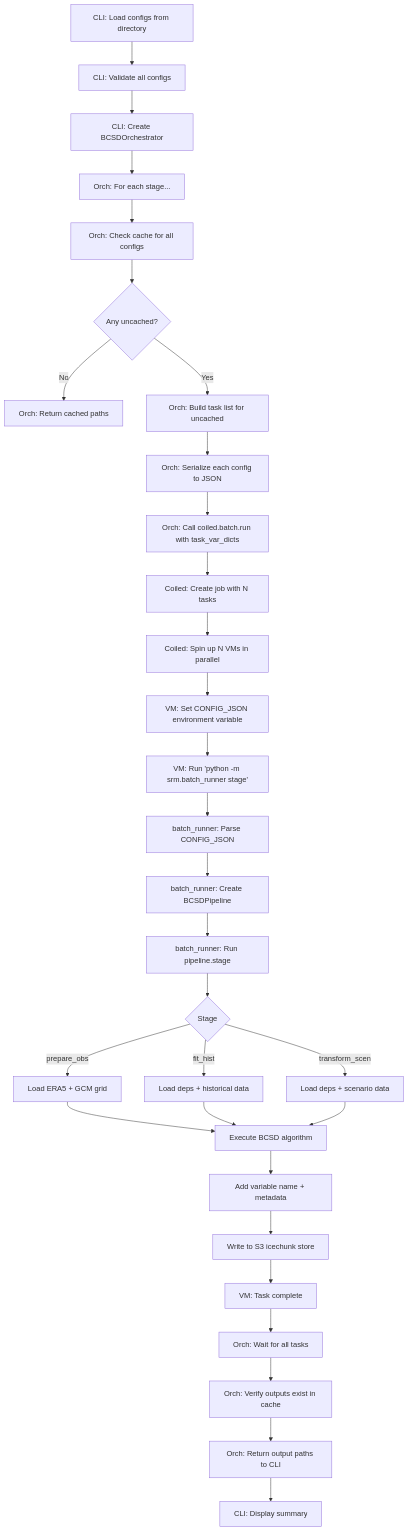
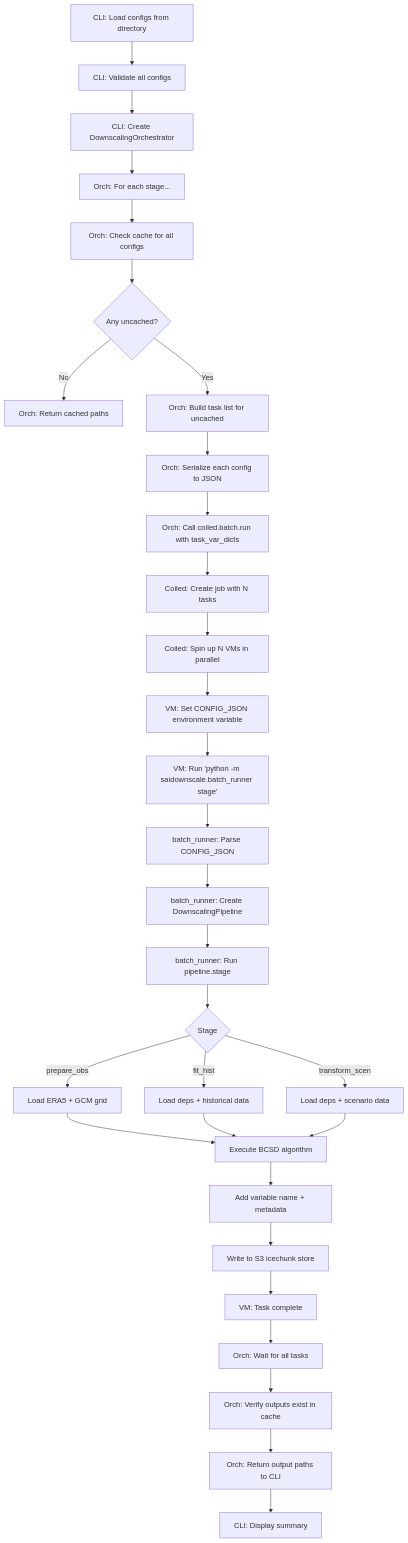
Before and after one commit to carbonplan/sai-downscaling: the third of 3 diagrams in docs/explanation/pipeline-architecture.md, drawn with Mermaid. The commit also changed other lines of this file and 201 other files, not shown here.

Commit message:
rename package to saidownscale and config classes to Downscaling* (#678)

````diff
--- a/docs/explanation/pipeline-architecture.md
+++ b/docs/explanation/pipeline-architecture.md
@@ -304,43 +304,43 @@
 ```mermaid
 flowchart TD
     A[CLI: Load configs from directory] --> B[CLI: Validate all configs]
-    B --> C[CLI: Create BCSDOrchestrator]
+    B --> C[CLI: Create DownscalingOrchestrator]
     C --> D[Orch: For each stage...]
     
     D --> E[Orch: Check cache for all configs]
     E --> F{Any uncached?}
     
     F -->|No| G[Orch: Return cached paths]
     F -->|Yes| H[Orch: Build task list for uncached]
     
     H --> I[Orch: Serialize each config to JSON]
     I --> J[Orch: Call coiled.batch.run with task_var_dicts]
     
     J --> K[Coiled: Create job with N tasks]
     K --> L[Coiled: Spin up N VMs in parallel]
     
     L --> M[VM: Set CONFIG_JSON environment variable]
-    M --> N[VM: Run 'python -m srm.batch_runner stage']
+    M --> N[VM: Run 'python -m saidownscale.batch_runner stage']
     
     N --> O[batch_runner: Parse CONFIG_JSON]
-    O --> P[batch_runner: Create BCSDPipeline]
+    O --> P[batch_runner: Create DownscalingPipeline]
     P --> Q[batch_runner: Run pipeline.stage]
     
     Q --> R{Stage}
     R -->|prepare_obs| S1[Load ERA5 + GCM grid]
     R -->|fit_hist| S2[Load deps + historical data]
     R -->|transform_scen| S3[Load deps + scenario data]
     
     S1 --> T[Execute BCSD algorithm]
     S2 --> T
     S3 --> T
     
     T --> U[Add variable name + metadata]
     U --> V[Write to S3 icechunk store]
     V --> W[VM: Task complete]
     
     W --> X[Orch: Wait for all tasks]
     X --> Y[Orch: Verify outputs exist in cache]
     Y --> Z[Orch: Return output paths to CLI]
     Z --> AA[CLI: Display summary]
 ```
````
